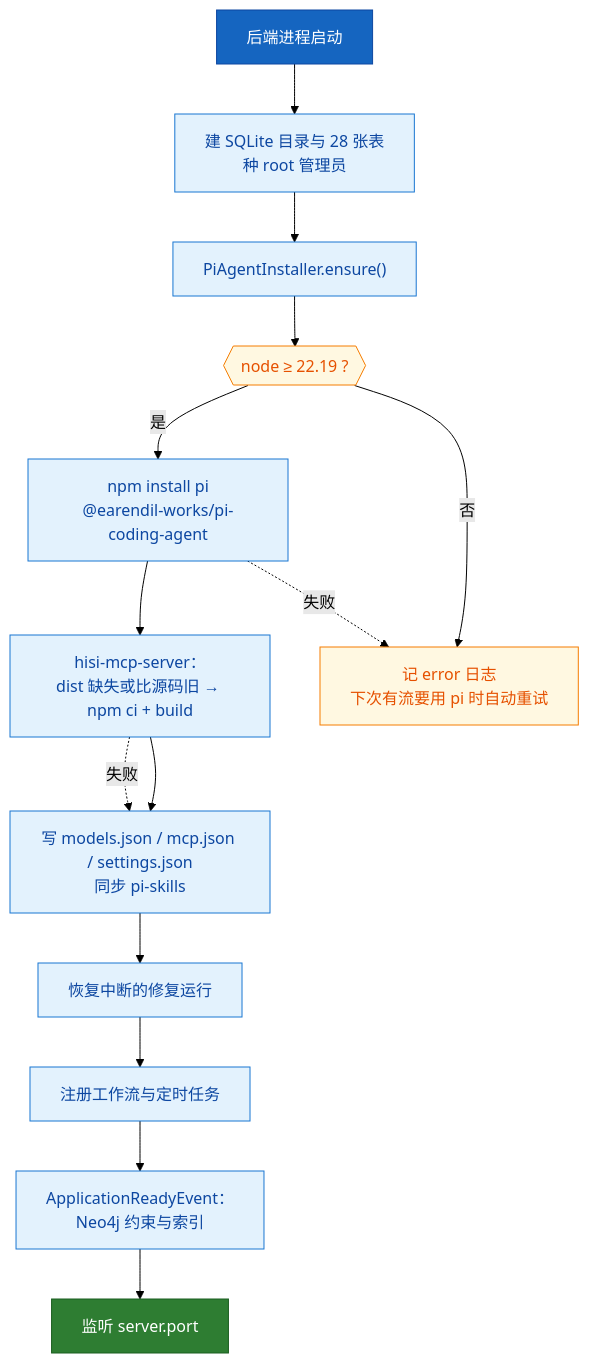
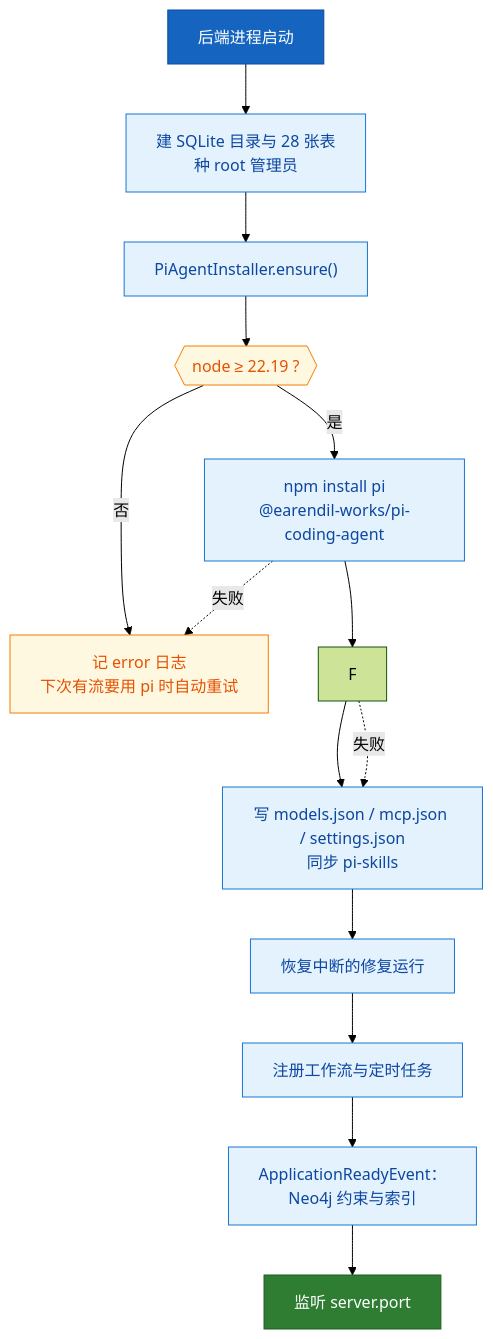
Before and after one commit to shenjiangchun/codeKnowledge: the first of 3 diagrams in hisi-dev-tool/docs/codewiki/07-部署运维/index.md, drawn with Mermaid (forest theme). The commit also changed other lines of this file and 27 other files, not shown here.

````diff
--- a/hisi-dev-tool/docs/codewiki/07-部署运维/index.md
+++ b/hisi-dev-tool/docs/codewiki/07-部署运维/index.md
@@ -168,27 +166,26 @@
 ```mermaid
 flowchart TD
     A["后端进程启动"]:::entry
     B["建 SQLite 目录与 28 张表<br/>种 root 管理员"]:::process
     C["PiAgentInstaller.ensure()"]:::process
     D{{"node ≥ 22.19 ?"}}:::dec
     E["npm install pi<br/>@earendil-works/pi-coding-agent"]:::process
-    F["hisi-mcp-server：<br/>dist 缺失或比源码旧 → npm ci + build"]:::process
     G["写 models.json / mcp.json / settings.json<br/>同步 pi-skills"]:::process
     H["恢复中断的修复运行"]:::process
     I["注册工作流与定时任务"]:::process
     J["ApplicationReadyEvent：<br/>Neo4j 约束与索引"]:::process
     K["监听 server.port"]:::done
     X["记 error 日志<br/>下次有流要用 pi 时自动重试"]:::proc2
 
     A --> B --> C --> D
     D -->|否| X
     D -->|是| E --> F --> G --> H --> I --> J --> K
     E -. 失败 .-> X
     F -. 失败 .-> G
 
     classDef entry fill:#1565c0,stroke:#0d47a1,color:#fff
     classDef process fill:#e3f2fd,stroke:#1976d2,color:#0d47a1
     classDef proc2 fill:#fff8e1,stroke:#f57c00,color:#e65100
     classDef dec fill:#fff8e1,stroke:#f57c00,color:#e65100
     classDef done fill:#2e7d32,stroke:#1b5e20,color:#fff
 ```
````
